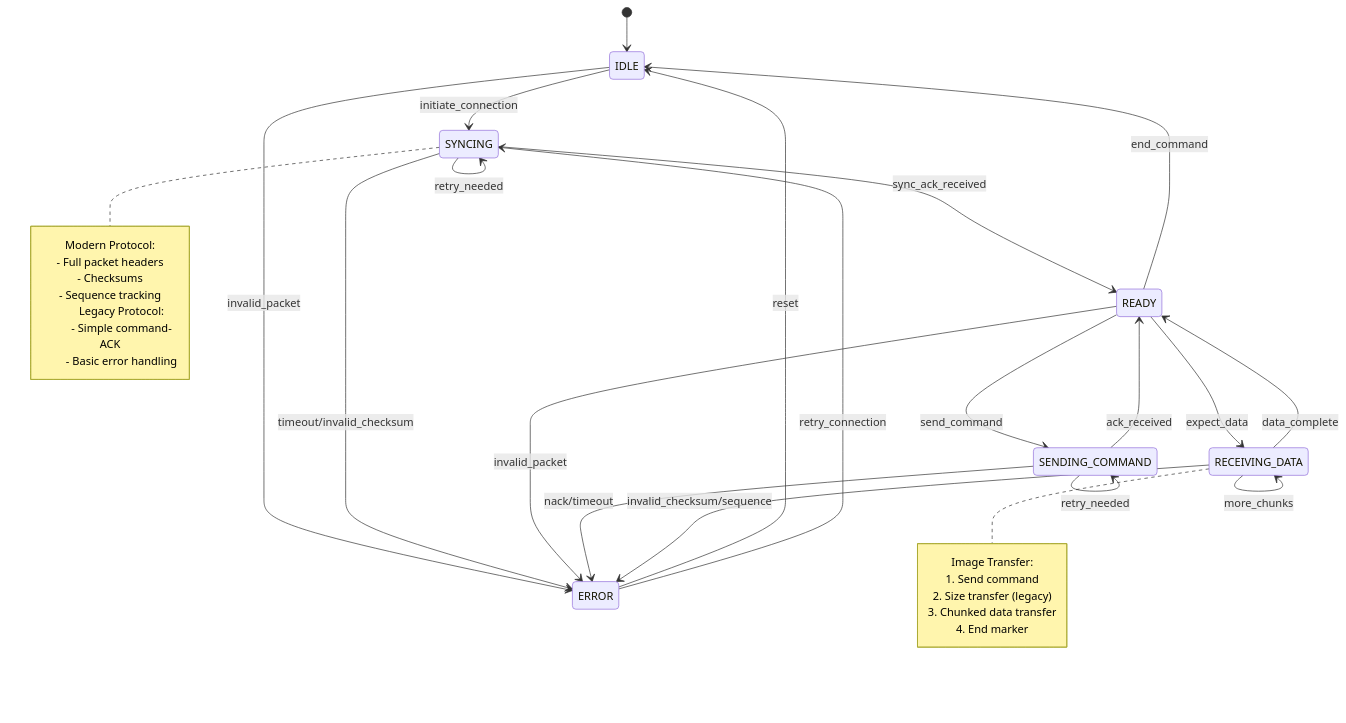
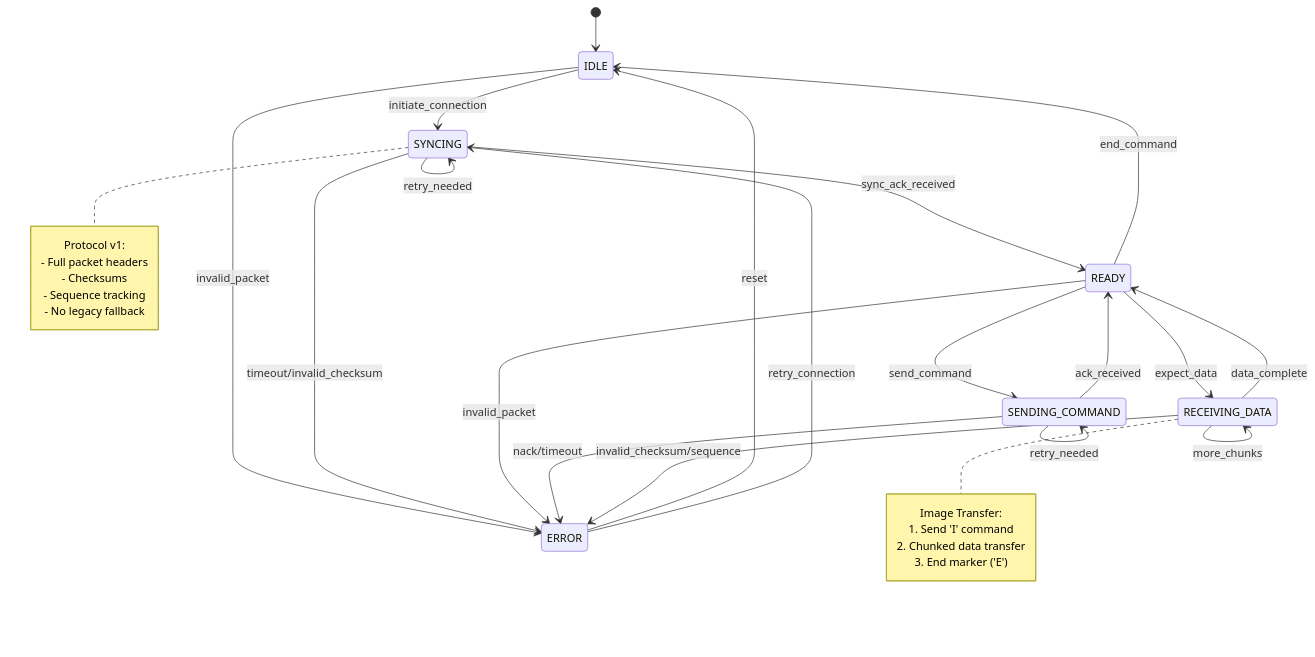
The diagram in docs/protocol_state_machine.md (nemofoo/deskthang), drawn with Mermaid before and after one commit. The commit also changed other lines of this file and 5 other files, not shown here.

````diff
--- a/docs/protocol_state_machine.md
+++ b/docs/protocol_state_machine.md
@@ -32,46 +34,42 @@
 ```mermaid
 stateDiagram-v2
     [*] --> IDLE
     
     IDLE --> SYNCING: initiate_connection
     IDLE --> ERROR: invalid_packet
     
     SYNCING --> READY: sync_ack_received
     SYNCING --> ERROR: timeout/invalid_checksum
     SYNCING --> SYNCING: retry_needed
     
     READY --> SENDING_COMMAND: send_command
     READY --> RECEIVING_DATA: expect_data
     READY --> ERROR: invalid_packet
     READY --> IDLE: end_command
     
     SENDING_COMMAND --> READY: ack_received
     SENDING_COMMAND --> ERROR: nack/timeout
     SENDING_COMMAND --> SENDING_COMMAND: retry_needed
     
     RECEIVING_DATA --> READY: data_complete
     RECEIVING_DATA --> ERROR: invalid_checksum/sequence
     RECEIVING_DATA --> RECEIVING_DATA: more_chunks
     
     ERROR --> IDLE: reset
     ERROR --> SYNCING: retry_connection
     
     note right of SYNCING
-        Modern Protocol:
+        Protocol v1:
         - Full packet headers
         - Checksums
         - Sequence tracking
-        
-        Legacy Protocol:
-        - Simple command-ACK
-        - Basic error handling
+        - No legacy fallback
     end note
     
     note right of RECEIVING_DATA
         Image Transfer:
-        1. Send command
-        2. Size transfer (legacy)
-        3. Chunked data transfer
-        4. End marker
+        1. Send 'I' command
+        2. Chunked data transfer
+        3. End marker ('E')
     end note
 ```
````
